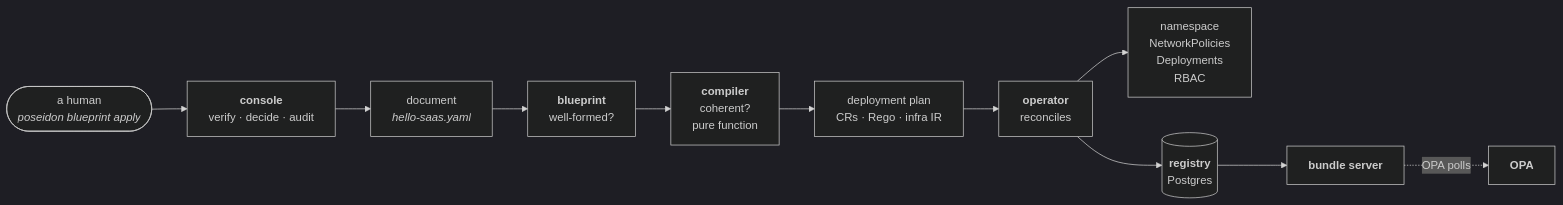
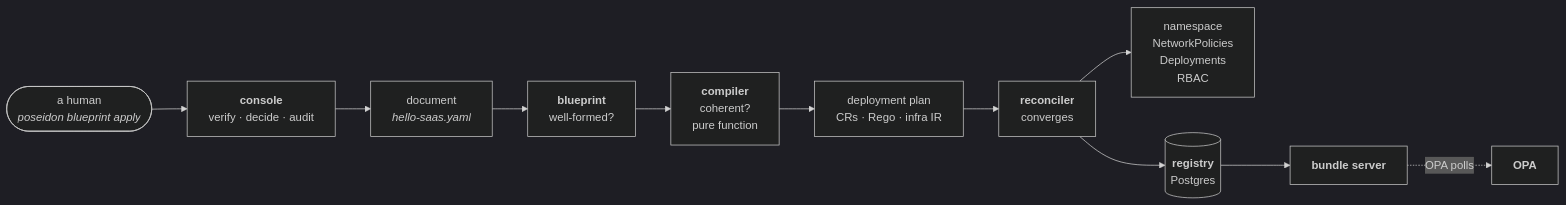
Before and after one commit to mathbrus/poseidon-prototype: the first of 2 diagrams in docs/reference/architecture.md, drawn with Mermaid (dark theme). The commit also changed other lines of this file and 85 other files, not shown here.

Commit message:
rename: the operator package is reconciler (import reconciler, image and chart objects poseidon-reconciler, images.reconciler)

````diff
--- a/docs/reference/architecture.md
+++ b/docs/reference/architecture.md
@@ -8,13 +8,13 @@
 ```mermaid
 flowchart LR
     H(["a human<br/><i>poseidon blueprint apply</i>"]) --> CON["<b>console</b><br/>verify · decide · audit"]
     CON --> BP["document<br/><i>hello-saas.yaml</i>"]
     BP --> SCH["<b>blueprint</b><br/>well-formed?"]
     SCH --> CMP["<b>compiler</b><br/>coherent?<br/>pure function"]
     CMP --> PLAN["deployment plan<br/>CRs · Rego · infra IR"]
-    PLAN --> OP["<b>operator</b><br/>reconciles"]
+    PLAN --> OP["<b>reconciler</b><br/>converges"]
     OP --> NS["namespace<br/>NetworkPolicies<br/>Deployments<br/>RBAC"]
     OP --> REG[("<b>registry</b><br/>Postgres")]
     REG --> BS["<b>bundle server</b>"]
     BS -.OPA polls.-> OPA["<b>OPA</b>"]
 ```
````
